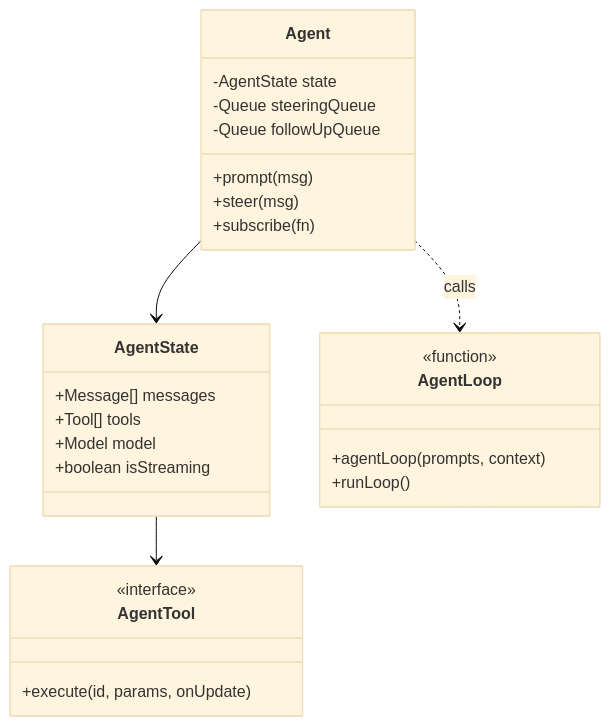
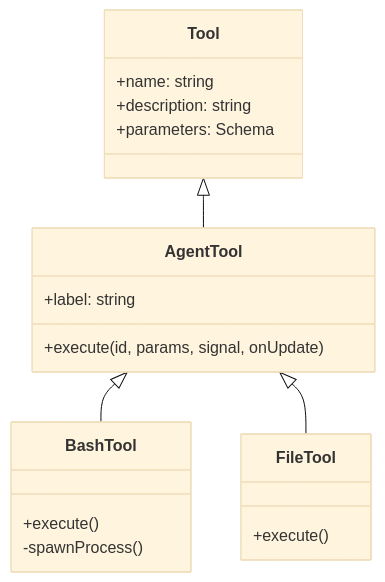
The second of 2 diagrams in analysis/02_core_agent_runtime.md (AgentOpenAI/pi-mono), drawn with Mermaid (base theme) before and after one commit. The commit also changed other lines of this file and 2 other files, not shown here.

First line of the commit message:
docs: Deep dive analysis updates and diagram fixes

````diff
--- a/analysis/02_core_agent_runtime.md
+++ b/analysis/02_core_agent_runtime.md
@@ -82,33 +116,26 @@
 ```mermaid
 classDiagram
-    class Agent {
-        -AgentState state
-        -Queue steeringQueue
-        -Queue followUpQueue
-        +prompt(msg)
-        +steer(msg)
-        +subscribe(fn)
-    }
-
-    class AgentState {
-        +Message[] messages
-        +Tool[] tools
-        +Model model
-        +boolean isStreaming
-    }
-
-    class AgentLoop {
-        <<function>>
-        +agentLoop(prompts, context)
-        +runLoop()
+    class Tool {
+        +name: string
+        +description: string
+        +parameters: Schema
     }
 
     class AgentTool {
-        <<interface>>
-        +execute(id, params, onUpdate)
+        +label: string
+        +execute(id, params, signal, onUpdate)
     }
 
-    Agent --> AgentState
-    Agent ..> AgentLoop : calls
-    AgentState --> AgentTool
+    class BashTool {
+        +execute()
+        -spawnProcess()
+    }
+
+    class FileTool {
+        +execute()
+    }
+
+    Tool <|-- AgentTool
+    AgentTool <|-- BashTool
+    AgentTool <|-- FileTool
 ```
````
